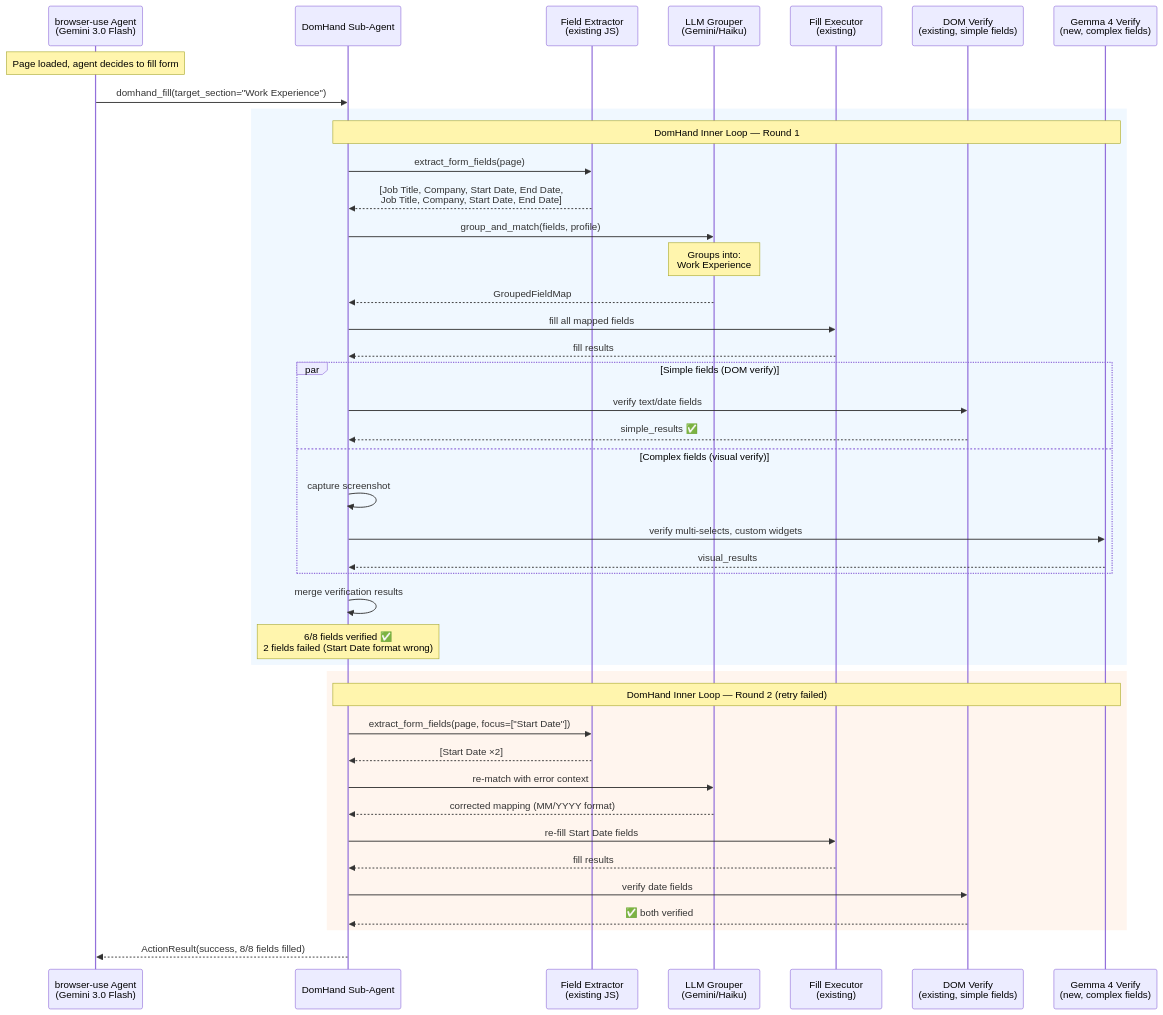
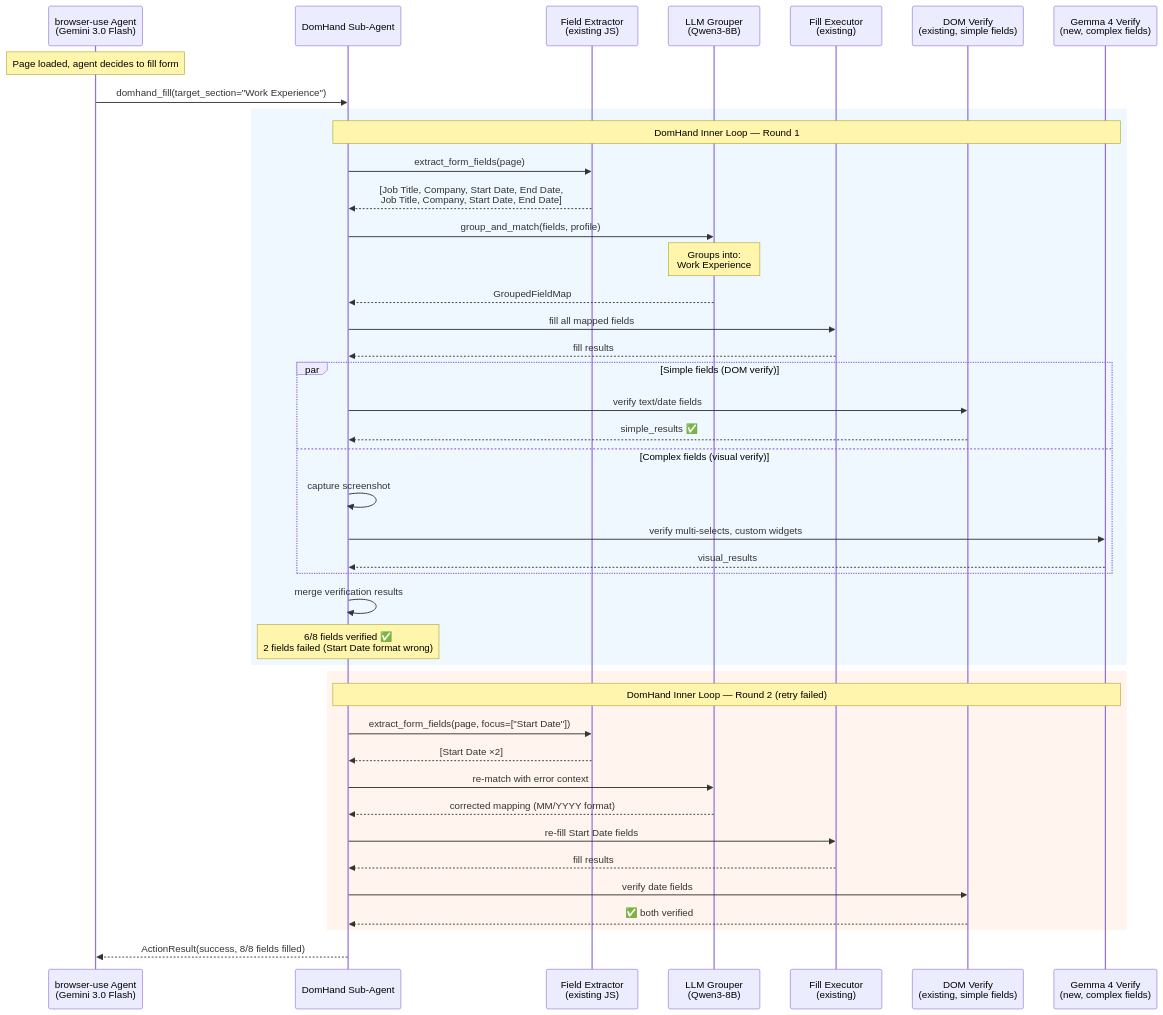
One commit to WeKruit/Hand-X changed the fifth of 7 diagrams in .planning/research/V4.0-DOMHAND-ENRICHMENT-OOD.md. Above: the diagram before and after it, drawn with Mermaid. The commit also changed other lines of this file, not shown here.

````diff
--- a/.planning/research/V4.0-DOMHAND-ENRICHMENT-OOD.md
+++ b/.planning/research/V4.0-DOMHAND-ENRICHMENT-OOD.md
@@ -529,55 +547,55 @@
 ```mermaid
 sequenceDiagram
     participant BU as browser-use Agent<br/>(Gemini 3.0 Flash)
     participant DH as DomHand Sub-Agent
     participant FE as Field Extractor<br/>(existing JS)
-    participant LG as LLM Grouper<br/>(Gemini/Haiku)
+    participant LG as LLM Grouper<br/>(Qwen3-8B)
     participant FX as Fill Executor<br/>(existing)
     participant DOM as DOM Verify<br/>(existing, simple fields)
     participant G4 as Gemma 4 Verify<br/>(new, complex fields)
 
     Note over BU: Page loaded, agent decides to fill form
     BU->>DH: domhand_fill(target_section="Work Experience")
 
     rect rgb(240, 248, 255)
         Note over DH,G4: DomHand Inner Loop — Round 1
         DH->>FE: extract_form_fields(page)
         FE-->>DH: [Job Title, Company, Start Date, End Date,<br/>Job Title, Company, Start Date, End Date]
 
         DH->>LG: group_and_match(fields, profile)
         Note over LG: Groups into:<br/>Work Experience #1: [Title, Company, Start, End]<br/>Work Experience #2: [Title, Company, Start, End]<br/>Maps each to correct profile entry
         LG-->>DH: GroupedFieldMap
 
         DH->>FX: fill all mapped fields
         FX-->>DH: fill results
 
         par Simple fields (DOM verify)
             DH->>DOM: verify text/date fields
             DOM-->>DH: simple_results ✅
         and Complex fields (visual verify)
             DH->>DH: capture screenshot
             DH->>G4: verify multi-selects, custom widgets
             G4-->>DH: visual_results
         end
 
         DH->>DH: merge verification results
         Note over DH: 6/8 fields verified ✅<br/>2 fields failed (Start Date format wrong)
     end
 
     rect rgb(255, 245, 238)
         Note over DH,G4: DomHand Inner Loop — Round 2 (retry failed)
         DH->>FE: extract_form_fields(page, focus=["Start Date"])
         FE-->>DH: [Start Date ×2]
 
         DH->>LG: re-match with error context
         LG-->>DH: corrected mapping (MM/YYYY format)
 
         DH->>FX: re-fill Start Date fields
         FX-->>DH: fill results
 
         DH->>DOM: verify date fields
         DOM-->>DH: ✅ both verified
     end
 
     DH-->>BU: ActionResult(success, 8/8 fields filled)
 ```
````
